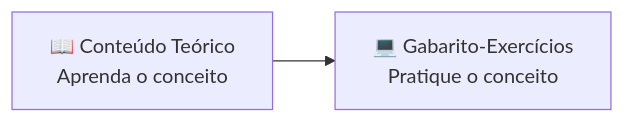
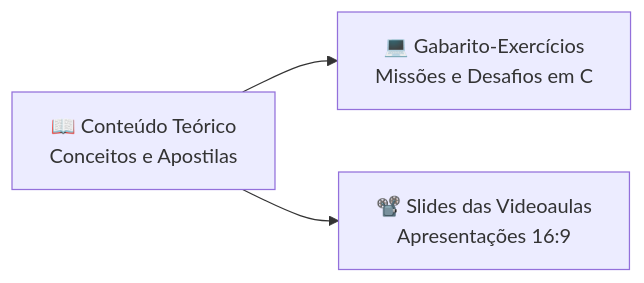
The first of 2 diagrams in Conteúdo-Teórico/README.md (RenanCaceres/Certificadora-Comum), drawn with Mermaid before and after one commit. The commit also changed other lines of this file and 25 other files, not shown here.

First line of the commit message:
refactor(repo): reestruturar pastas em 5 pilares, separar slides e adicionar exercicios das videoaulas

````diff
--- a/Conteúdo-Teórico/README.md
+++ b/Conteúdo-Teórico/README.md
@@ -25,4 +25,5 @@
 ```mermaid
 flowchart LR
-    A["📖 Conteúdo Teórico<br/>Aprenda o conceito"] --> B["💻 Gabarito-Exercícios<br/>Pratique o conceito"]
+    A["📖 Conteúdo Teórico<br/>Conceitos e Apostilas"] --> B["💻 Gabarito-Exercícios<br/>Missões e Desafios em C"]
+    A --> C["📽️ Slides das Videoaulas<br/>Apresentações 16:9"]
 ```
````
